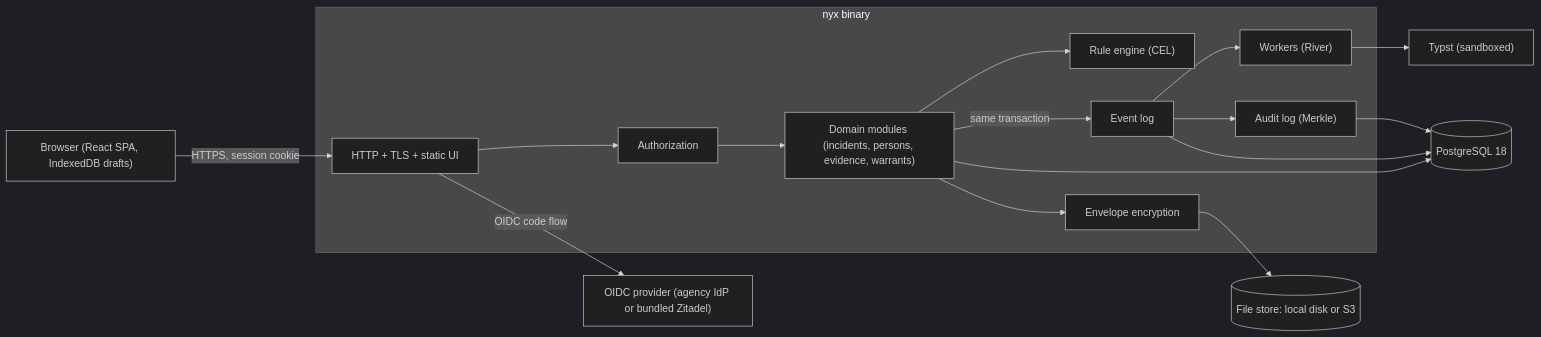
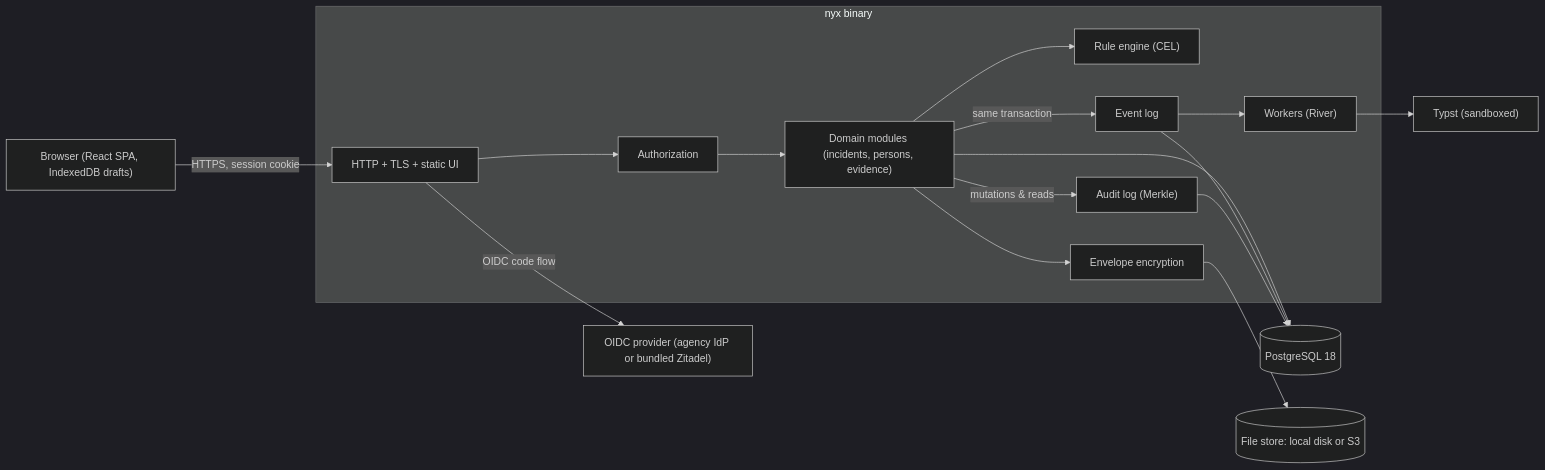
The diagram in nyx-project-specs/NyxOps_Architecture.md (NyxOps/nyxops), drawn with Mermaid (dark theme) before and after one commit. The commit also changed other lines of this file and 5 other files, not shown here.

````diff
--- a/nyx-project-specs/NyxOps_Architecture.md
+++ b/nyx-project-specs/NyxOps_Architecture.md
@@ -94,31 +95,31 @@
 ```mermaid
 flowchart LR
     browser["Browser (React SPA, IndexedDB drafts)"]
     idp["OIDC provider (agency IdP or bundled Zitadel)"]
     subgraph nyx["nyx binary"]
         http["HTTP + TLS + static UI"]
         authz["Authorization"]
-        domain["Domain modules (incidents, persons, evidence, warrants)"]
+        domain["Domain modules (incidents, persons, evidence)"]
         rules["Rule engine (CEL)"]
         events["Event log"]
         workers["Workers (River)"]
         audit["Audit log (Merkle)"]
         crypto["Envelope encryption"]
     end
     pg[("PostgreSQL 18")]
     files[("File store: local disk or S3")]
     typst["Typst (sandboxed)"]
 
     browser -- "HTTPS, session cookie" --> http
     http -- "OIDC code flow" --> idp
     http --> authz --> domain
     domain --> rules
     domain -- "same transaction" --> events
+    domain -- "mutations & reads" --> audit
     domain --> crypto --> files
     events --> workers
-    events --> audit
     workers --> typst
     domain --> pg
     events --> pg
     audit --> pg
 ```
````
